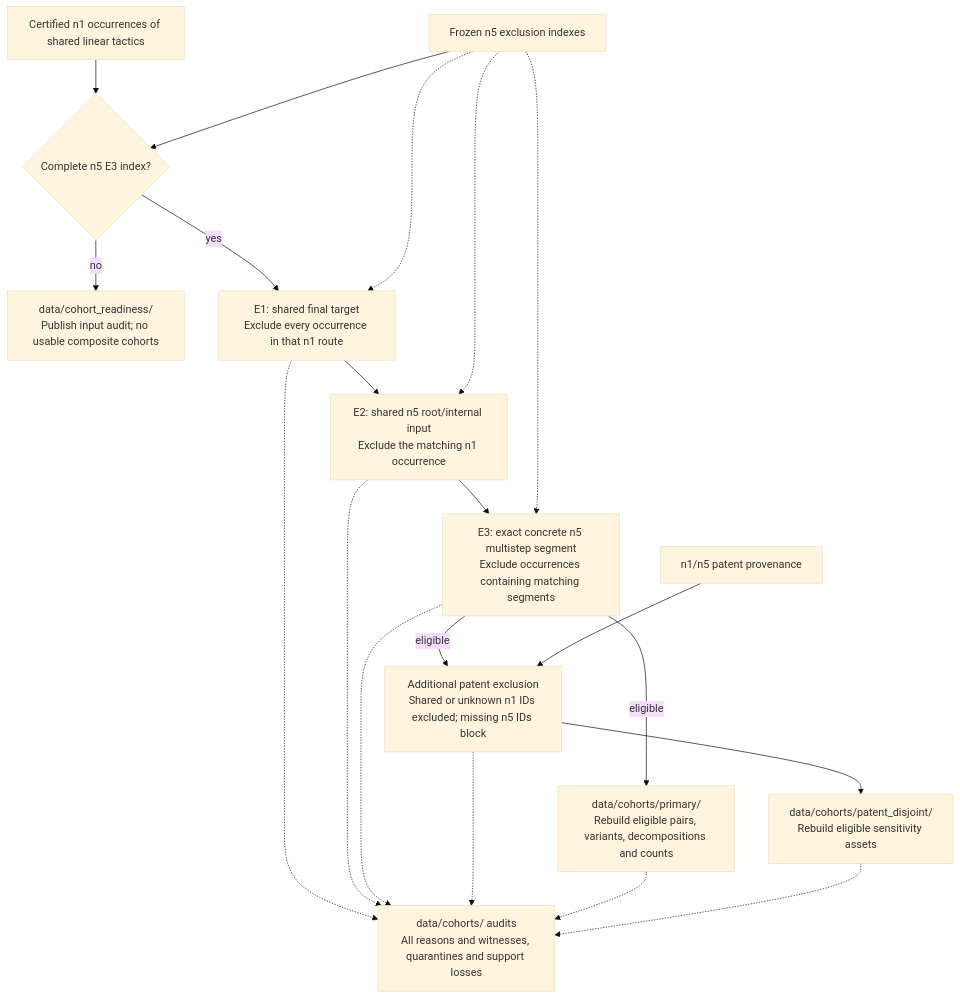
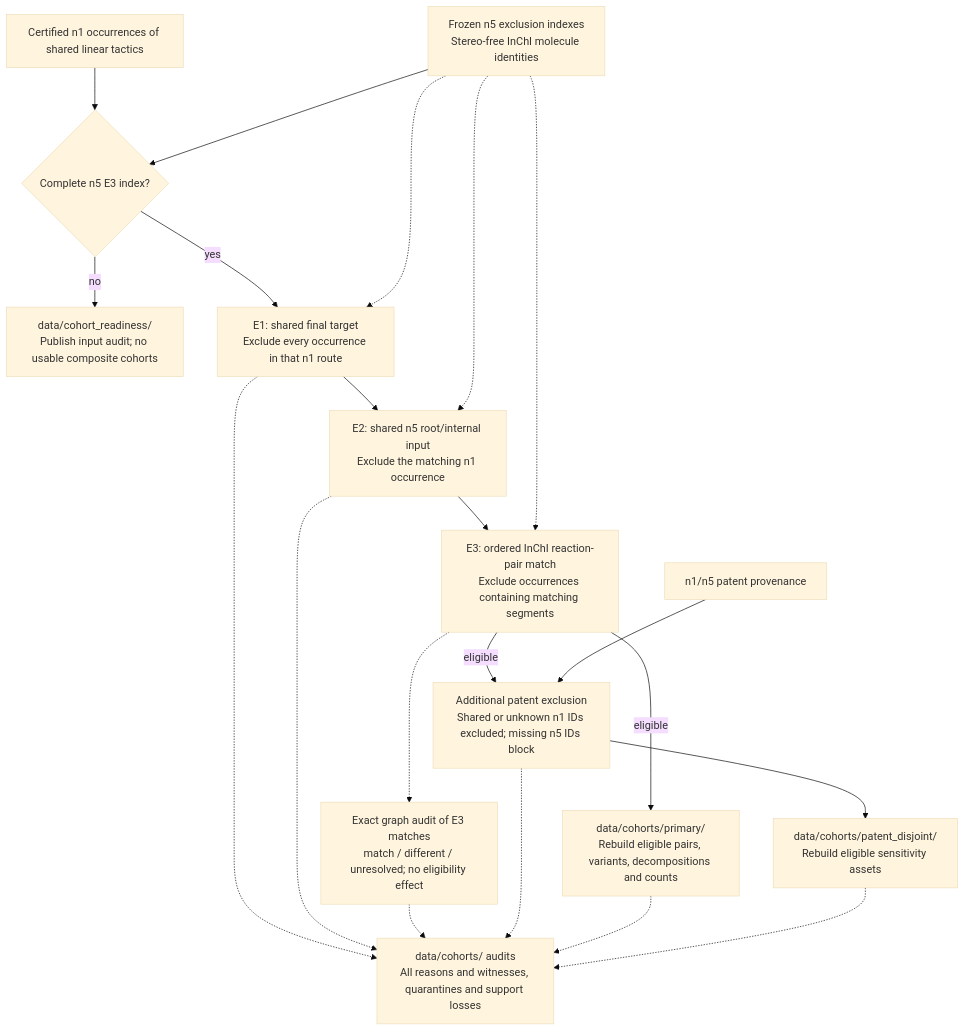
One commit to Protolaw/retrocomposite changed the second of 2 diagrams in docs/diagrams/preparation.md. Above: the diagram before and after it, drawn with Mermaid (base theme). The commit also changed other lines of this file and 29 other files, not shown here.

````diff
--- a/docs/diagrams/preparation.md
+++ b/docs/diagrams/preparation.md
@@ -34,31 +34,32 @@
 ```mermaid
 flowchart TD
     N1["Certified n1 occurrences of shared linear tactics"]
-    N5["Frozen n5 exclusion indexes"]
+    N5["Frozen n5 exclusion indexes<br/>Stereo-free InChI molecule identities"]
     READY{"Complete n5 E3 index?"}
     BLOCK["data/cohort_readiness/<br/>Publish input audit; no usable composite cohorts"]
     E1["E1: shared final target<br/>Exclude every occurrence in that n1 route"]
     E2["E2: shared n5 root/internal input<br/>Exclude the matching n1 occurrence"]
-    E3["E3: exact concrete n5 multistep segment<br/>Exclude occurrences containing matching segments"]
+    E3["E3: ordered InChI reaction-pair match<br/>Exclude occurrences containing matching segments"]
+    GRAPH["Exact graph audit of E3 matches<br/>match / different / unresolved; no eligibility effect"]
     PRIMARY["data/cohorts/primary/<br/>Rebuild eligible pairs, variants, decompositions and counts"]
     PATENTS["n1/n5 patent provenance"]
     PATENT["Additional patent exclusion<br/>Shared or unknown n1 IDs excluded; missing n5 IDs block"]
     SENS["data/cohorts/patent_disjoint/<br/>Rebuild eligible sensitivity assets"]
     AUDIT["data/cohorts/ audits<br/>All reasons and witnesses, quarantines and support losses"]
     N1 --> READY
     N5 --> READY
     READY -->|yes| E1 --> E2 --> E3
     READY -->|no| BLOCK
     N5 -.-> E1
     N5 -.-> E2
     N5 -.-> E3
     E3 -->|eligible| PRIMARY
     E3 -->|eligible| PATENT --> SENS
     PATENTS --> PATENT
     E1 -.-> AUDIT
     E2 -.-> AUDIT
-    E3 -.-> AUDIT
+    E3 -.-> GRAPH -.-> AUDIT
     PATENT -.-> AUDIT
     PRIMARY -.-> AUDIT
     SENS -.-> AUDIT
 ```
````
